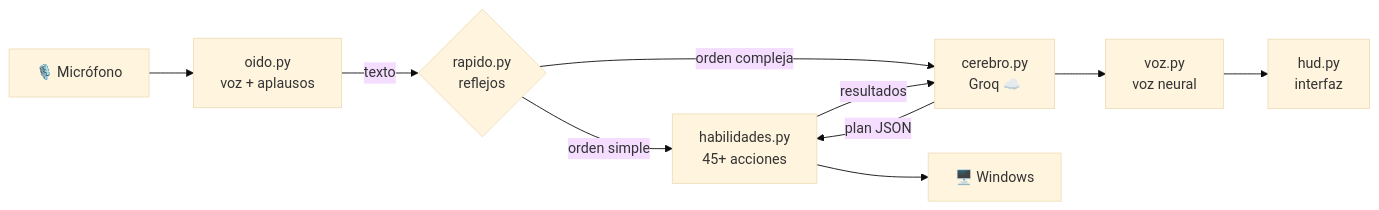
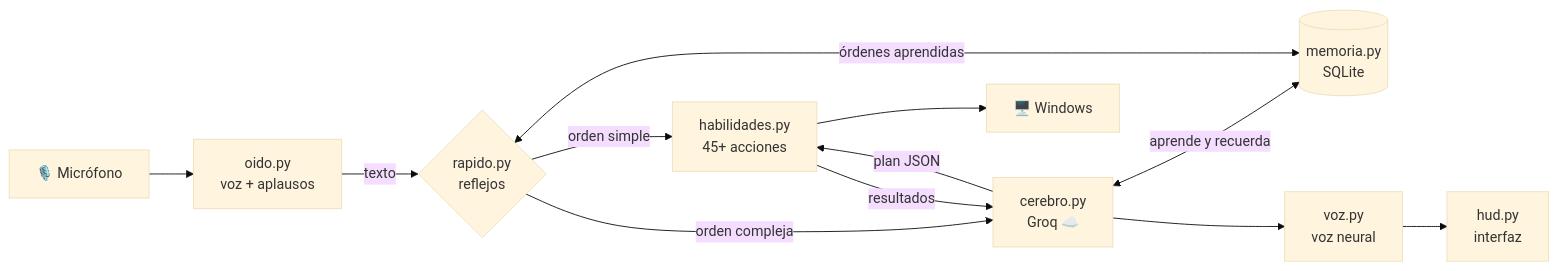
One commit to AbnerGA7/JARVIS changed the diagram in README.md. Above: the diagram before and after it, drawn with Mermaid (base theme). The commit also changed other lines of this file, not shown here.

````diff
--- a/README.md
+++ b/README.md
@@ -81,12 +91,14 @@
 ```mermaid
 flowchart LR
     M[🎙️ Micrófono] --> O[oido.py<br>voz + aplausos]
     O -->|texto| R{rapido.py<br>reflejos}
     R -->|orden simple| H[habilidades.py<br>45+ acciones]
     R -->|orden compleja| C[cerebro.py<br>Groq ☁️]
     C -->|plan JSON| H
     H -->|resultados| C
+    C <-->|aprende y recuerda| DB[(memoria.py<br>SQLite)]
+    R <-->|órdenes aprendidas| DB
     H --> PC[🖥️ Windows]
     C --> V[voz.py<br>voz neural]
     V --> HUD[hud.py<br>interfaz]
 ```
````
